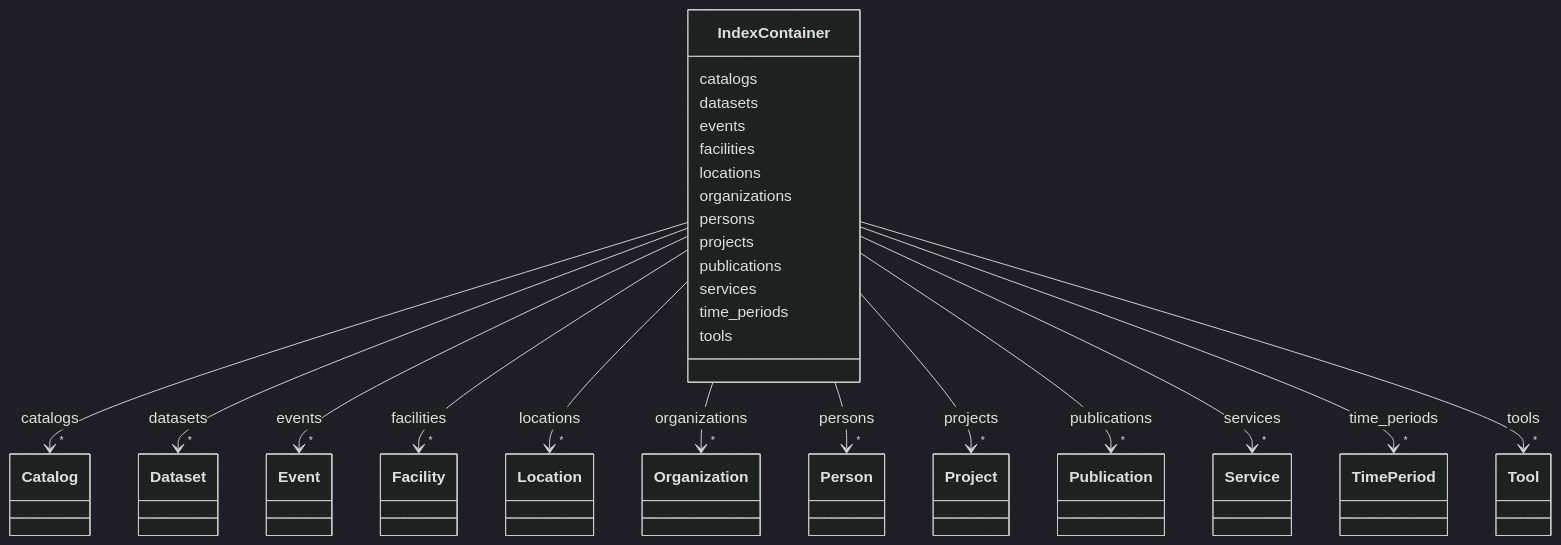
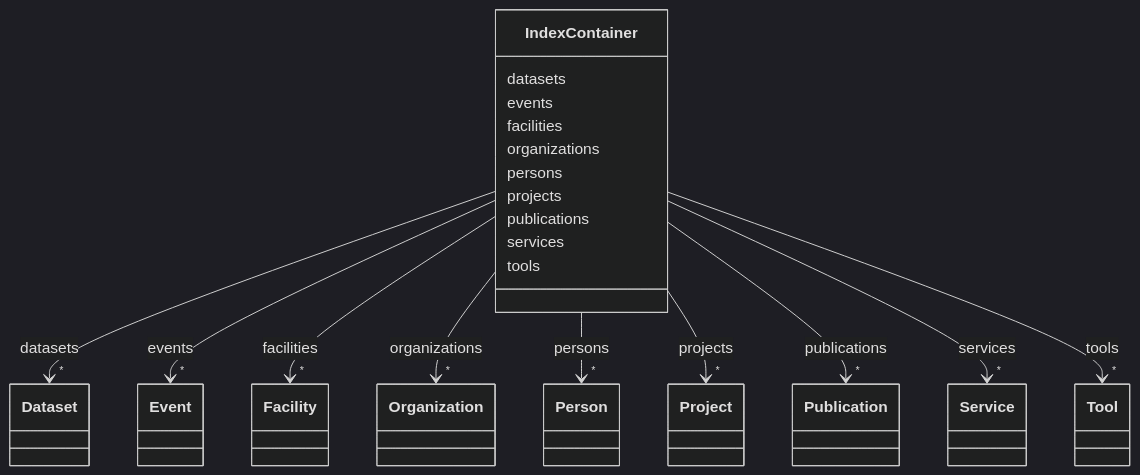
The diagram in docs/classes/IndexContainer.md (DARIAH-IL/idhi-manifests), drawn with Mermaid (dark theme) before and after one commit. The commit also changed other lines of this file and 99 other files, not shown here.

```diff
--- a/docs/classes/IndexContainer.md
+++ b/docs/classes/IndexContainer.md
@@ -24,17 +24,6 @@
  classDiagram
     class IndexContainer
     click IndexContainer href "../../classes/IndexContainer/"
-      IndexContainer : catalogs
-        
-          
-    
-        
-        
-        IndexContainer --> "*" Catalog : catalogs
-        click Catalog href "../../classes/Catalog/"
-    
-
-        
       IndexContainer : datasets
         
           
@@ -65,17 +54,6 @@
         
         IndexContainer --> "*" Facility : facilities
         click Facility href "../../classes/Facility/"
-    
-
-        
-      IndexContainer : locations
-        
-          
-    
-        
-        
-        IndexContainer --> "*" Location : locations
-        click Location href "../../classes/Location/"
     
 
         
@@ -134,17 +112,6 @@
     
 
         
-      IndexContainer : time_periods
-        
-          
-    
-        
-        
-        IndexContainer --> "*" TimePeriod : time_periods
-        click TimePeriod href "../../classes/TimePeriod/"
-    
-
-        
       IndexContainer : tools
         
           
```
